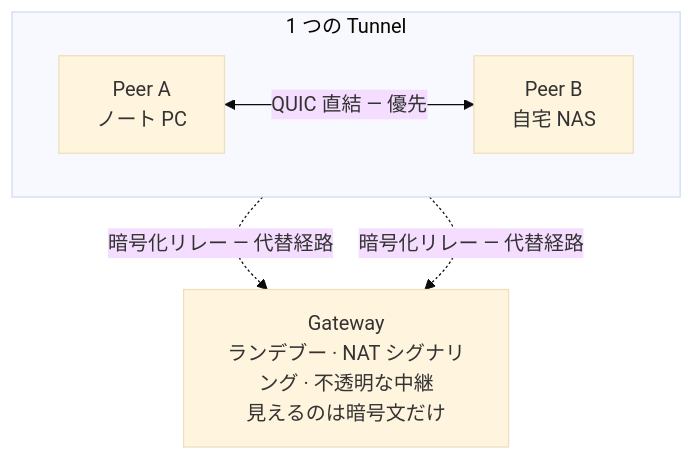
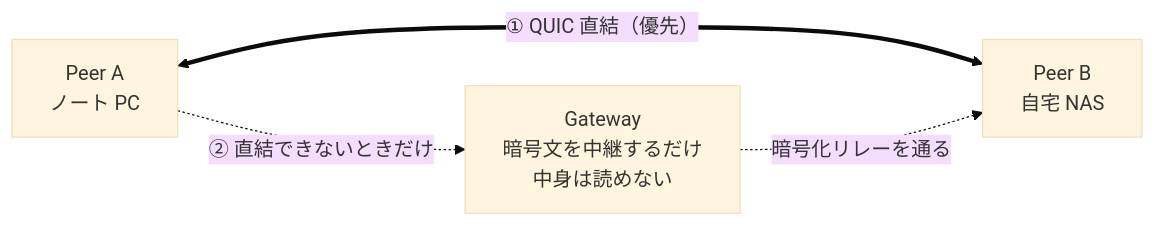
Before and after one commit to lantunnel/lantunnel: the diagram in README.ja.md, drawn with Mermaid (base theme). The commit also changed 6 other files, not shown here.

First line of the commit message:
docs: redraw the topology diagram so it reads at a glance

````diff
--- a/README.ja.md
+++ b/README.ja.md
@@ -71,12 +71,9 @@
 ```mermaid
-flowchart TB
-    subgraph tunnel["1 つの Tunnel"]
-        direction LR
-        A["Peer A<br/>ノート PC"]
-        B["Peer B<br/>自宅 NAS"]
-        A <-->|"QUIC 直結 — 優先"| B
-    end
-    A -.->|"暗号化リレー — 代替経路"| GW
-    B -.->|"暗号化リレー — 代替経路"| GW
-    GW["Gateway<br/>ランデブー · NAT シグナリング · 不透明な中継<br/>見えるのは暗号文だけ"]
+flowchart LR
+    A["Peer A<br/>ノート PC"]
+    B["Peer B<br/>自宅 NAS"]
+    GW["Gateway<br/>暗号文を中継するだけ<br/>中身は読めない"]
+    A <== "① QUIC 直結（優先）" ==> B
+    A -. "② 直結できないときだけ" .-> GW
+    GW -. "暗号化リレーを通る" .-> B
 ```
````
